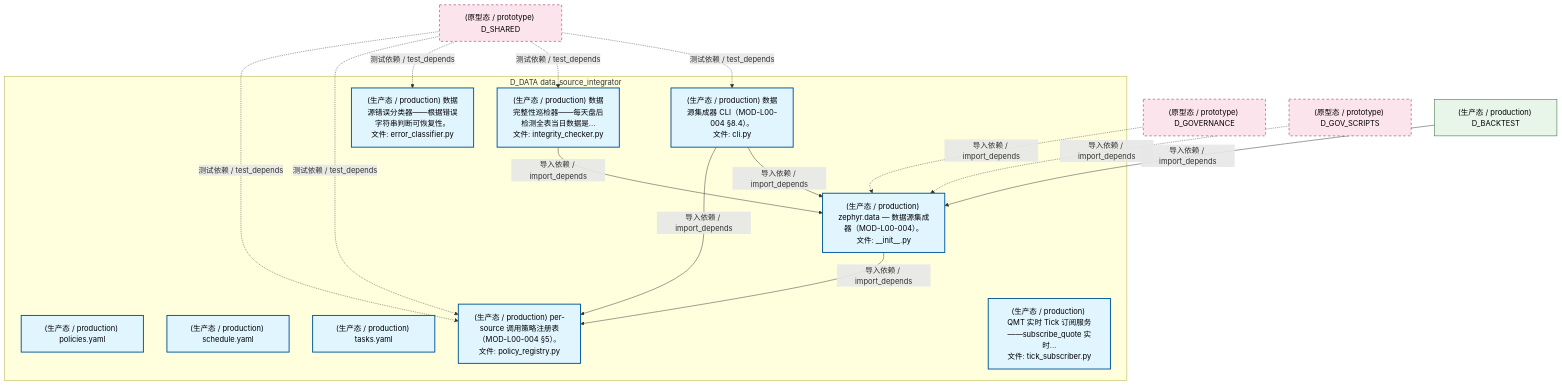
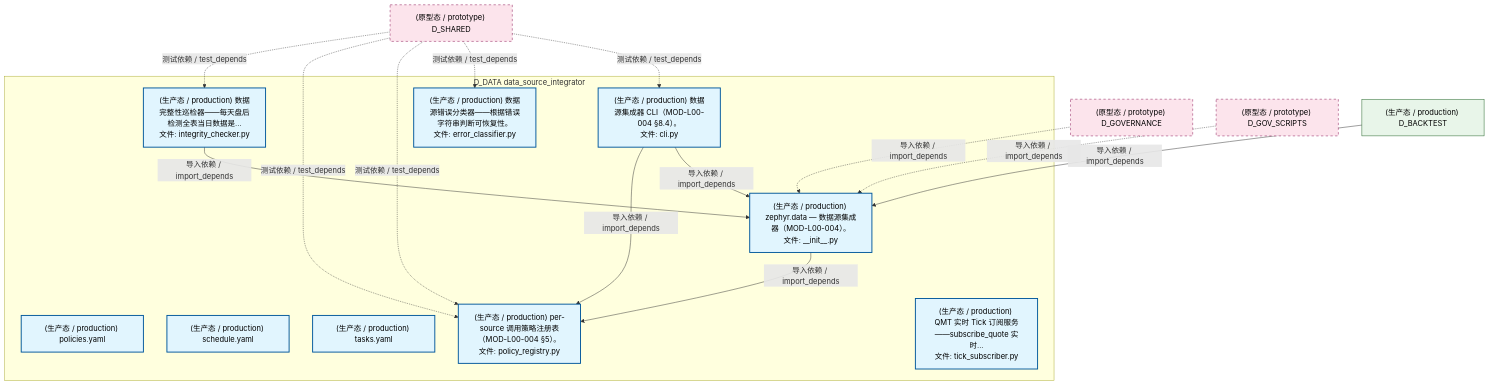
Before and after one commit to xuanFelixVan/ZephyrAlpha: the fourth of 6 diagrams in docs/02_enterprise_architecture/02_domain_architecture_docs/61_d_data.md, drawn with Mermaid. The commit also changed other lines of this file and 126 other files, not shown here.

````diff
--- a/docs/02_enterprise_architecture/02_domain_architecture_docs/61_d_data.md
+++ b/docs/02_enterprise_architecture/02_domain_architecture_docs/61_d_data.md
@@ -324,37 +326,37 @@
 ```mermaid
 graph TD
     subgraph D_DATA["D_DATA data_source_integrator"]
         src_zephyr_data_init_py["(生产态 / production) zephyr.data — 数据源集成器（MOD-L00-004）。<br/>文件: __init__.py"]
         src_zephyr_data_cli_py["(生产态 / production) 数据源集成器 CLI（MOD-L00-004 §8.4）。<br/>文件: cli.py"]
         src_zephyr_data_config_policies_yaml["(生产态 / production) policies.yaml"]
         src_zephyr_data_config_schedule_yaml["(生产态 / production) schedule.yaml"]
         src_zephyr_data_config_tasks_yaml["(生产态 / production) tasks.yaml"]
         src_zephyr_data_error_classifier_py["(生产态 / production) 数据源错误分类器——根据错误字符串判断可恢复性。<br/>文件: error_classifier.py"]
         src_zephyr_data_integrity_checker_py["(生产态 / production) 数据完整性巡检器——每天盘后检测全表当日数据是...<br/>文件: integrity_checker.py"]
         src_zephyr_data_policy_registry_py["(生产态 / production) per-source 调用策略注册表（MOD-L00-004 §5）。<br/>文件: policy_registry.py"]
         src_zephyr_data_tick_subscriber_py["(生产态 / production) QMT 实时 Tick 订阅服务——subscribe_quote 实时...<br/>文件: tick_subscriber.py"]
     end
-    src_zephyr_data_integrity_checker_py -->|导入依赖 / import_depends| src_zephyr_data_init_py
     src_zephyr_data_cli_py -->|导入依赖 / import_depends| src_zephyr_data_policy_registry_py
     src_zephyr_data_cli_py -->|导入依赖 / import_depends| src_zephyr_data_init_py
+    src_zephyr_data_integrity_checker_py -->|导入依赖 / import_depends| src_zephyr_data_init_py
     src_zephyr_data_init_py -->|导入依赖 / import_depends| src_zephyr_data_policy_registry_py
     D_SHARED["(原型态 / prototype) D_SHARED"]
+    D_SHARED -.->|测试依赖 / test_depends| src_zephyr_data_integrity_checker_py
     D_SHARED -.->|测试依赖 / test_depends| src_zephyr_data_policy_registry_py
     D_SHARED -.->|测试依赖 / test_depends| src_zephyr_data_policy_registry_py
     D_SHARED -.->|测试依赖 / test_depends| src_zephyr_data_error_classifier_py
-    D_SHARED -.->|测试依赖 / test_depends| src_zephyr_data_integrity_checker_py
     D_SHARED -.->|测试依赖 / test_depends| src_zephyr_data_cli_py
     D_GOVERNANCE["(原型态 / prototype) D_GOVERNANCE"]
     D_GOVERNANCE -.->|导入依赖 / import_depends| src_zephyr_data_init_py
     D_GOV_SCRIPTS["(原型态 / prototype) D_GOV_SCRIPTS"]
     D_GOV_SCRIPTS -.->|导入依赖 / import_depends| src_zephyr_data_init_py
     D_BACKTEST["(生产态 / production) D_BACKTEST"]
     D_BACKTEST -->|导入依赖 / import_depends| src_zephyr_data_init_py
     classDef production fill:#e1f5fe,stroke:#01579b,stroke-width:2px,color:#000
     classDef design fill:#fff3e0,stroke:#e65100,stroke-width:2px,color:#000,stroke-dasharray: 5 5
     classDef external_prod fill:#e8f5e9,stroke:#1b5e20,stroke-width:1px,color:#000
     classDef external_design fill:#fce4ec,stroke:#880e4f,stroke-width:1px,color:#000,stroke-dasharray: 5 5
     class src_zephyr_data_init_py,src_zephyr_data_cli_py,src_zephyr_data_config_policies_yaml,src_zephyr_data_config_schedule_yaml,src_zephyr_data_config_tasks_yaml,src_zephyr_data_error_classifier_py,src_zephyr_data_integrity_checker_py,src_zephyr_data_policy_registry_py,src_zephyr_data_tick_subscriber_py production
     class D_BACKTEST external_prod
     class D_SHARED,D_GOVERNANCE,D_GOV_SCRIPTS external_design
 ```
````
